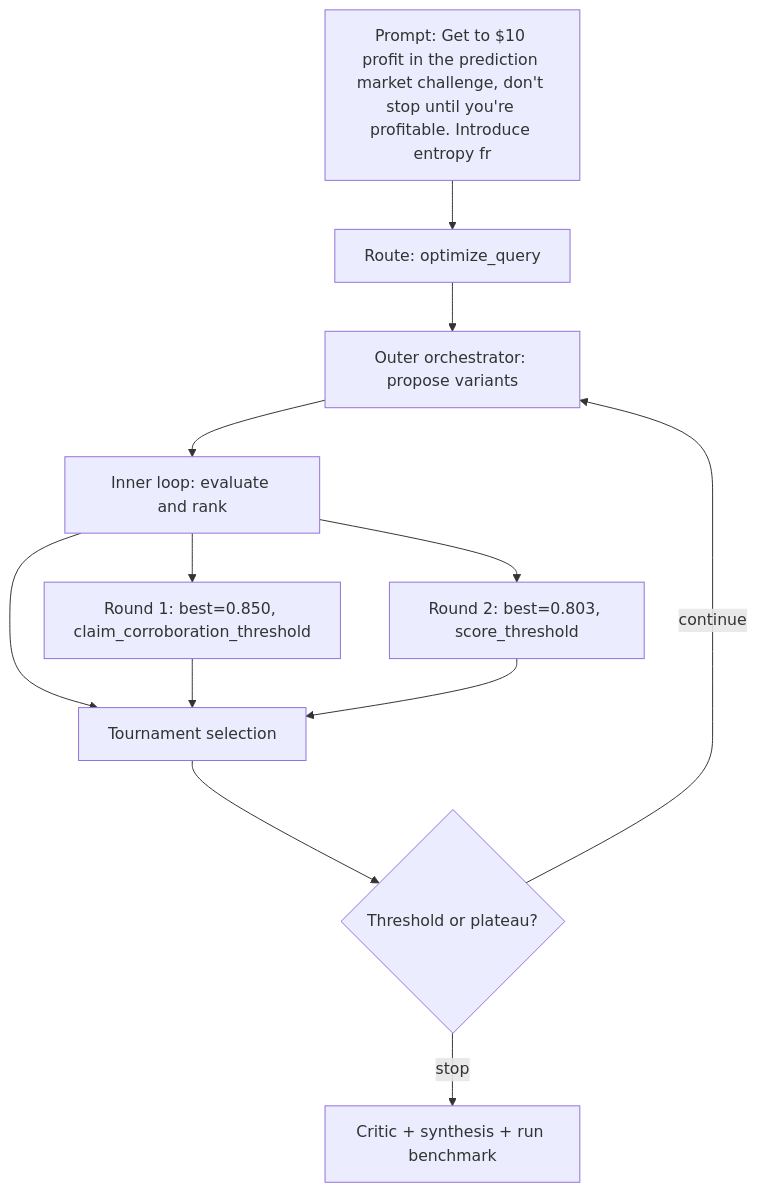
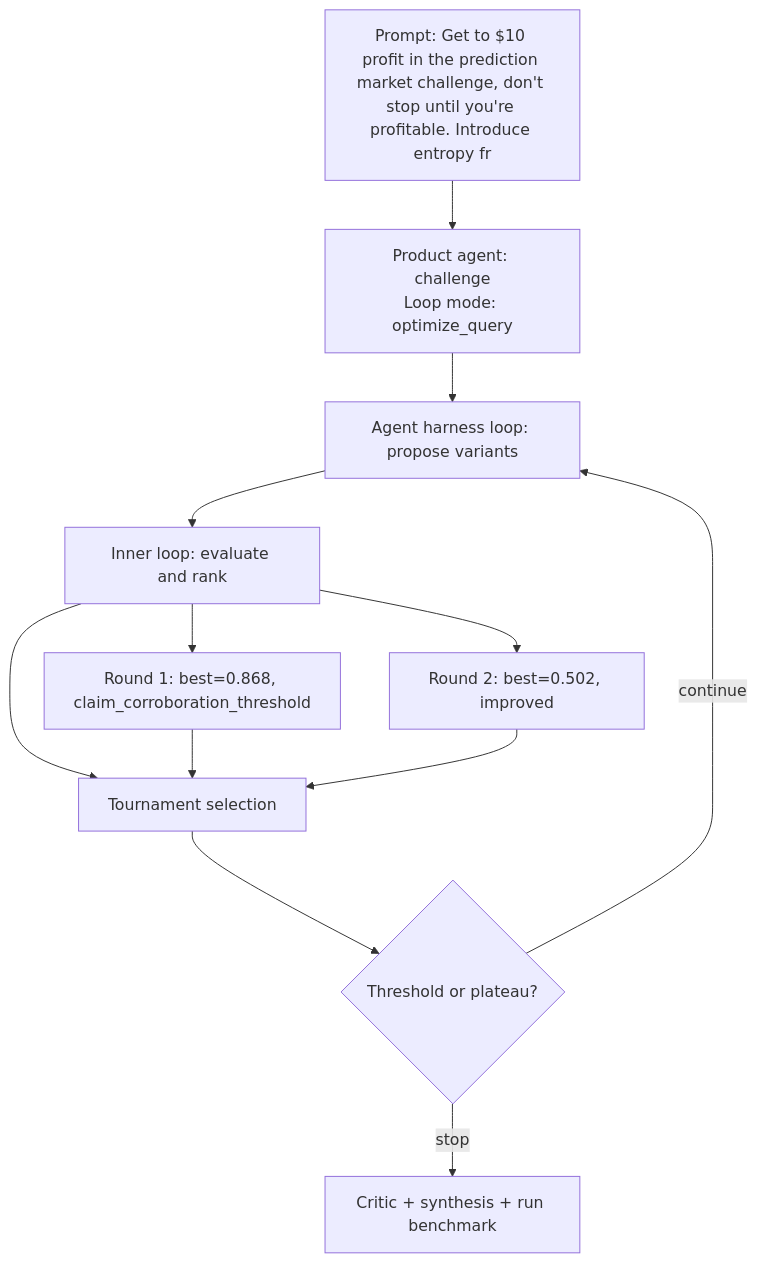
The diagram in eval_outputs/runs/challenge_prediction_market_trial_001/outputs/run_get-10-profit-prediction-market-challenge-don-t-stop-until-you-re-profit/run_benchmark.md (michaelzoub/research-harness), drawn with Mermaid before and after one commit. The commit also changed other lines of this file and 543 other files, not shown here.

Commit message:
feat(harness): Add PRD-driven agent loops, challenge objectives, and richer evals

````diff
--- a/eval_outputs/runs/challenge_prediction_market_trial_001/outputs/run_get-10-profit-prediction-market-challenge-don-t-stop-until-you-re-profit/run_benchmark.md
+++ b/eval_outputs/runs/challenge_prediction_market_trial_001/outputs/run_get-10-profit-prediction-market-challenge-don-t-stop-until-you-re-profit/run_benchmark.md
@@ -12,17 +13,17 @@
 ```mermaid
 flowchart TD
   prompt["Prompt: Get to $10 profit in the prediction market challenge, don't stop until you're profitable. Introduce entropy fr"]
-  route["Route: optimize_query"]
-  outer["Outer orchestrator: propose variants"]
+  route["Product agent: challenge\nLoop mode: optimize_query"]
+  outer["Agent harness loop: propose variants"]
   inner["Inner loop: evaluate and rank"]
   select["Tournament selection"]
   stop{"Threshold or plateau?"}
   synth["Critic + synthesis + run benchmark"]
   prompt --> route --> outer --> inner --> select --> stop
   stop -- continue --> outer
   stop -- stop --> synth
-  round1["Round 1: best=0.850, claim_corroboration_threshold"]
+  round1["Round 1: best=0.868, claim_corroboration_threshold"]
   inner --> round1 --> select
-  round2["Round 2: best=0.803, score_threshold"]
+  round2["Round 2: best=0.502, improved"]
   inner --> round2 --> select
 ```
````
